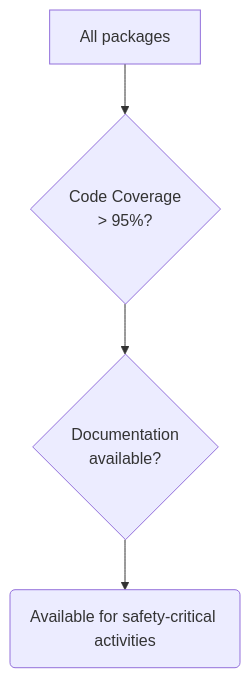
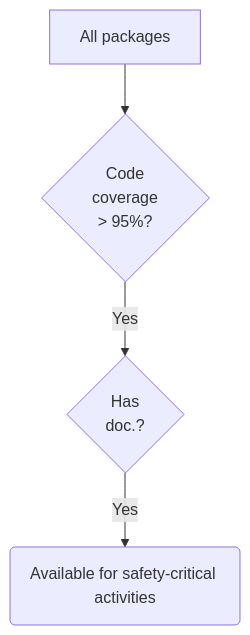
One commit to pharmaR/events-useR2024 changed the first of 4 diagrams in index.qmd. Above: the diagram before and after it, drawn with Mermaid. The commit also changed other lines of this file and 3 other files, not shown here.

````diff
--- a/index.qmd
+++ b/index.qmd
@@ -86,6 +86,6 @@
 ```{mermaid}
 flowchart TD
-  A[All packages] --> B{Code Coverage\n > 95%?}
-  B --> C{Documentation \n available?}
-  C --> D(Available for safety-critical activities)
+  A[All packages] --> B{Code\n coverage\n > 95%?}
+  B -- Yes --> C{Has\n doc.?}
+  C -- Yes --> D(Available for safety-critical activities)
 ```
````
